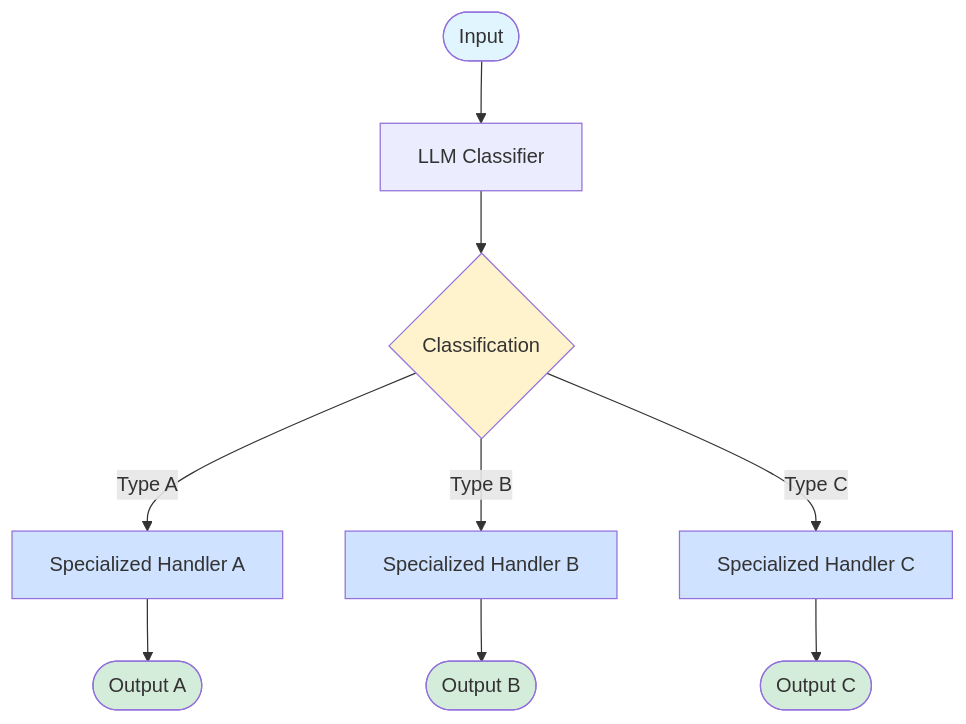
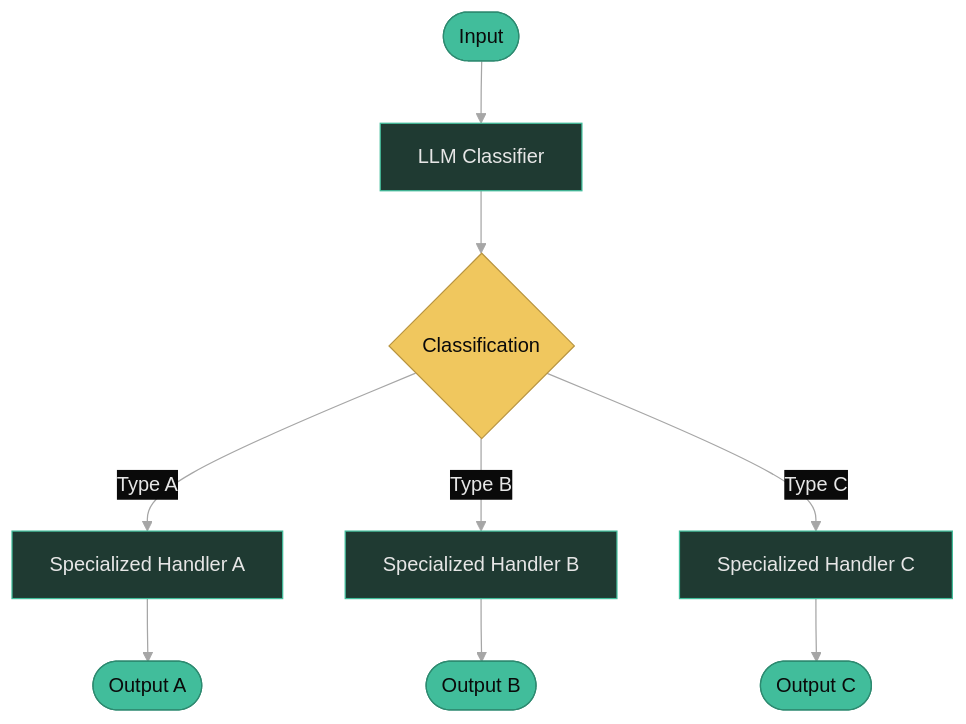
Before and after one commit to diagrid-labs/dapr-reliable-agentic-systems: the diagram in .demo/slides/08-routing/08-02-diagram.md, drawn with Mermaid. The commit also changed other lines of this file and 55 other files, not shown here.

````diff
--- a/.demo/slides/08-routing/08-02-diagram.md
+++ b/.demo/slides/08-routing/08-02-diagram.md
@@ -8,20 +3,21 @@
 ```mermaid
+%%{init: {"theme":"base","themeVariables":{"background":"#0a0a0a","primaryColor":"#1f3a32","primaryTextColor":"#e6e6e6","primaryBorderColor":"#41BD9B","lineColor":"#A6A6A6","secondaryColor":"#111315","tertiaryColor":"#111315","clusterBkg":"#111315","clusterBorder":"#41BD9B","titleColor":"#F0C75E","edgeLabelBackground":"#0a0a0a","noteBkgColor":"#111315","noteTextColor":"#e6e6e6","noteBorderColor":"#41BD9B","actorBkg":"#1f3a32","actorBorder":"#41BD9B","actorTextColor":"#e6e6e6","actorLineColor":"#A6A6A6","signalColor":"#A6A6A6","signalTextColor":"#e6e6e6","labelBoxBkgColor":"#0a0a0a","labelBoxBorderColor":"#41BD9B","labelTextColor":"#e6e6e6","loopTextColor":"#e6e6e6","altSectionBkgColor":"#111315","sectionBkgColor":"#111315","fontFamily":"Geist,sans-serif"}}}%%
 graph TD
     Start([Input]) --> A1[LLM Classifier]
     A1 --> Router{Classification}
     Router -->|Type A| A2[Specialized Handler A]
     Router -->|Type B| A3[Specialized Handler B]
     Router -->|Type C| A4[Specialized Handler C]
     A2 --> End1([Output A])
     A3 --> End2([Output B])
     A4 --> End3([Output C])
     
-    style Start fill:#e1f5ff
-    style Router fill:#fff3cd
-    style A2 fill:#cfe2ff
-    style A3 fill:#cfe2ff
-    style A4 fill:#cfe2ff
-    style End1 fill:#d4edda
-    style End2 fill:#d4edda
-    style End3 fill:#d4edda
+    style Start fill:#41BD9B,stroke:#2d8a70,color:#0a0a0a
+    style Router fill:#F0C75E,stroke:#b8943f,color:#0a0a0a
+    style A2 fill:#1f3a32,stroke:#41BD9B,color:#e6e6e6
+    style A3 fill:#1f3a32,stroke:#41BD9B,color:#e6e6e6
+    style A4 fill:#1f3a32,stroke:#41BD9B,color:#e6e6e6
+    style End1 fill:#41BD9B,stroke:#2d8a70,color:#0a0a0a
+    style End2 fill:#41BD9B,stroke:#2d8a70,color:#0a0a0a
+    style End3 fill:#41BD9B,stroke:#2d8a70,color:#0a0a0a
 ```
````
